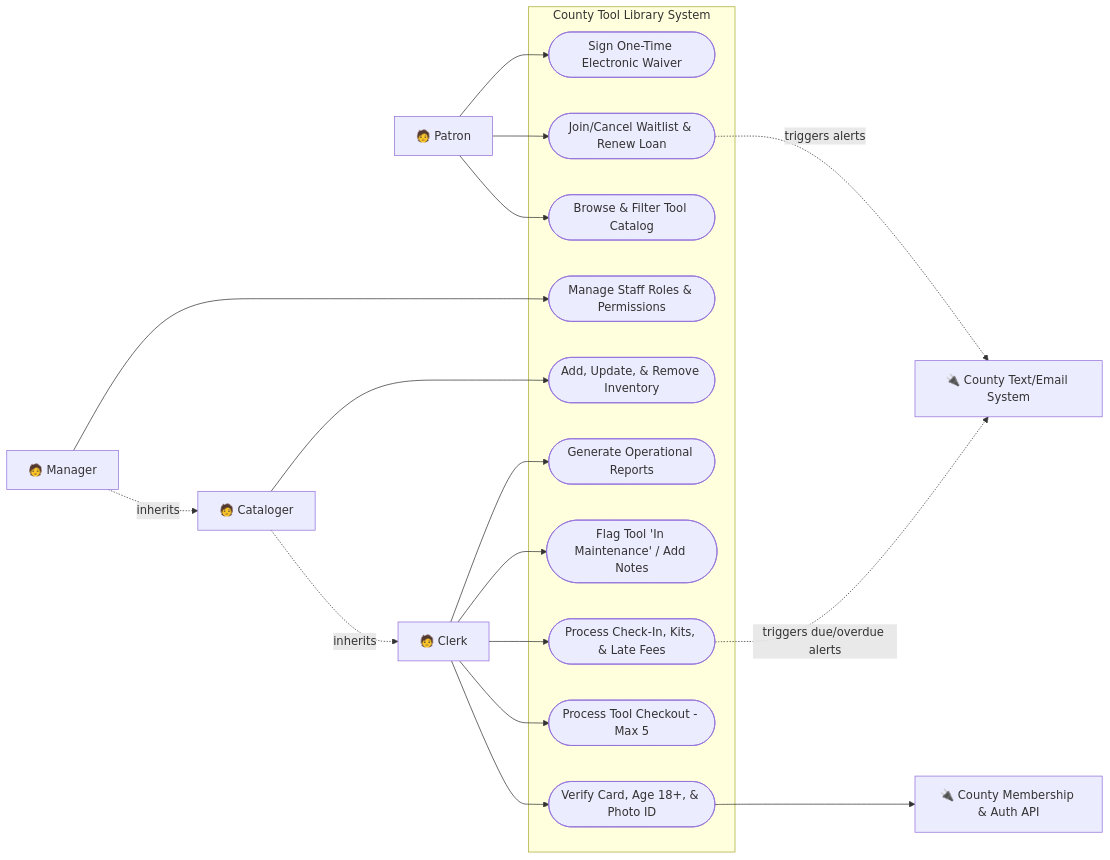
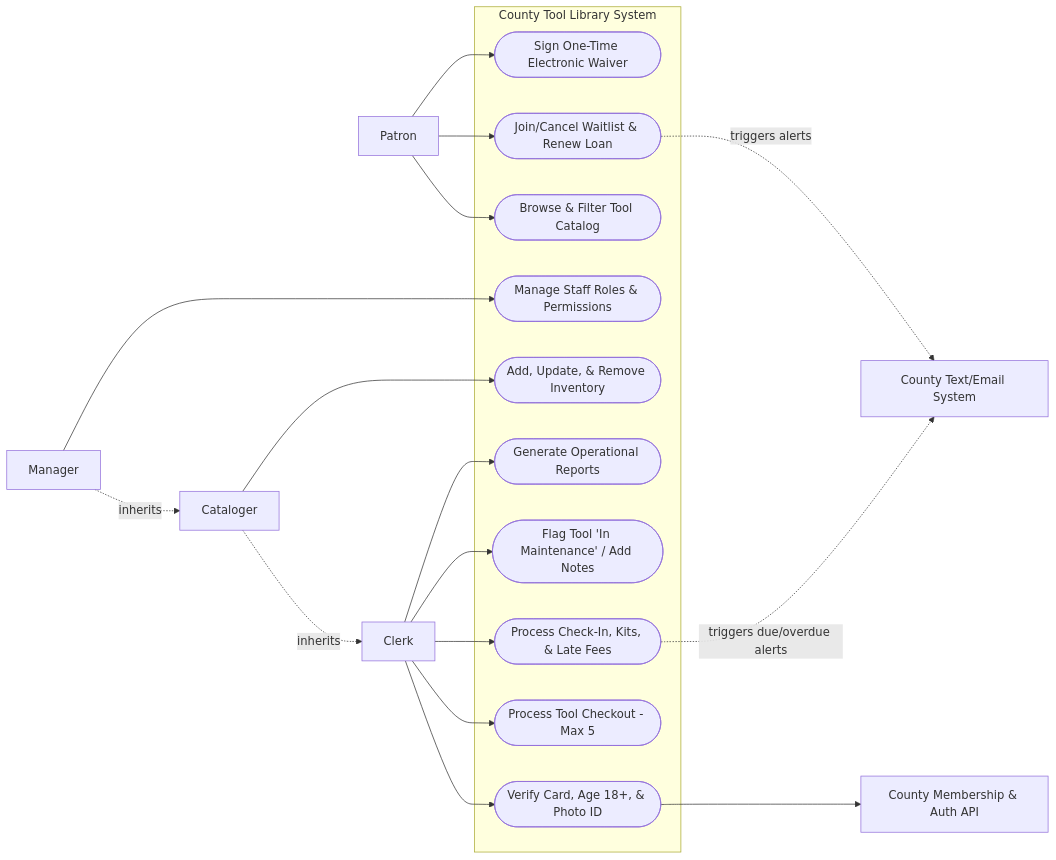
Before and after one commit to RubberDucky-66/Tool-Library-project-for-CS361: the first of 2 diagrams in Functional_Spec.md, drawn with Mermaid. The commit also changed other lines of this file, not shown here.

Commit message:
Update Functional_Spec.md
fixed ux diagram

````diff
--- a/Functional_Spec.md
+++ b/Functional_Spec.md
@@ -46,47 +46,47 @@
 ```mermaid
 flowchart LR
     %% Actors
-    Patron["🧑 Patron"]
-    Clerk["🧑 Clerk"]
-    Cataloger["🧑 Cataloger"]
-    Manager["🧑 Manager"]
-    MembershipAPI["🔌 County Membership & Auth API"]
-    NotificationSys["🔌 County Text/Email System"]
+    Patron["Patron"]
+    Clerk["Clerk"]
+    Cataloger["Cataloger"]
+    Manager["Manager"]
+    MembershipAPI["County Membership & Auth API"]
+    NotificationSys["County Text/Email System"]
 
     %% System Boundary
     subgraph System ["County Tool Library System"]
         UC1(["Browse & Filter Tool Catalog"])
         UC2(["Join/Cancel Waitlist & Renew Loan"])
         UC3(["Sign One-Time Electronic Waiver"])
         UC4(["Verify Card, Age 18+, & Photo ID"])
         UC5(["Process Tool Checkout - Max 5"])
         UC6(["Process Check-In, Kits, & Late Fees"])
         UC7(["Flag Tool 'In Maintenance' / Add Notes"])
         UC8(["Add, Update, & Remove Inventory"])
         UC9(["Manage Staff Roles & Permissions"])
         UC10(["Generate Operational Reports"])
     end
 
     %% Patron Associations
     Patron --> UC1
     Patron --> UC2
     Patron --> UC3
 
     %% Role Inheritance & Staff Associations
     Clerk --> UC4
     Clerk --> UC5
     Clerk --> UC6
     Clerk --> UC7
     Clerk --> UC10
 
     Cataloger -.->|inherits| Clerk
     Cataloger --> UC8
 
     Manager -.->|inherits| Cataloger
     Manager --> UC9
 
     %% External System Associations
     UC4 --> MembershipAPI
     UC2 -.->|triggers alerts| NotificationSys
     UC6 -.->|triggers due/overdue alerts| NotificationSys
 ```
````
